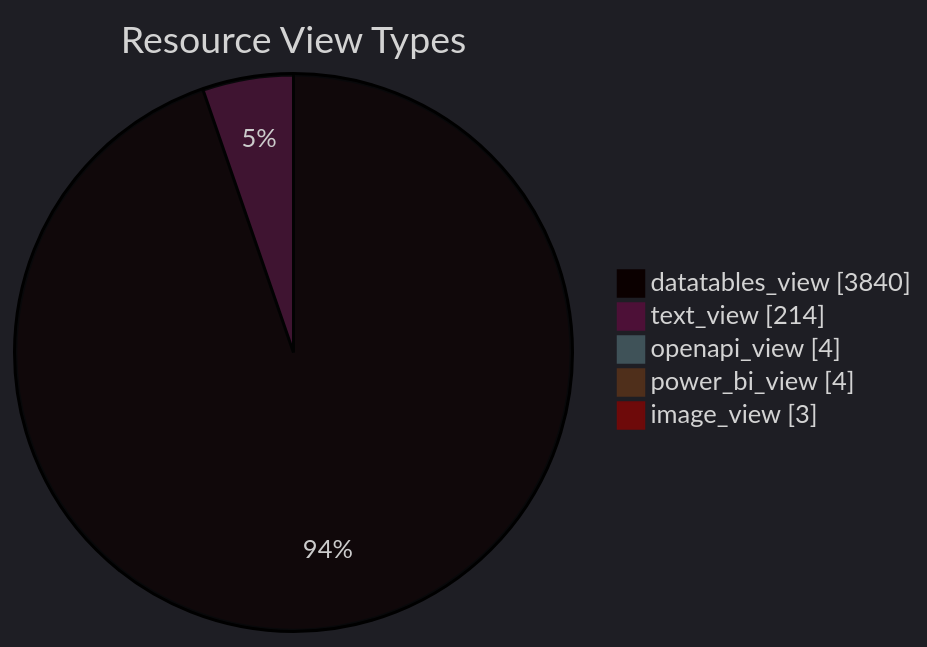
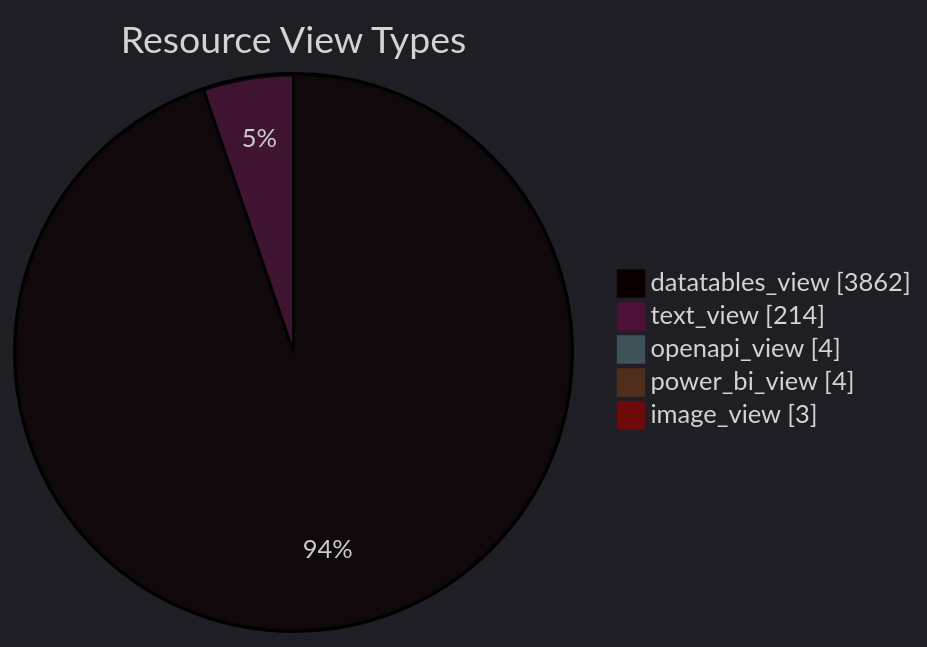
One commit to open-data/analytics-corporate-reporting changed the diagram in datastore_tracker/resource_view_types_pie_chart.md. Above: the diagram before and after it, drawn with Mermaid. The commit also changed 10 other files, not shown here.

````diff
--- a/datastore_tracker/resource_view_types_pie_chart.md
+++ b/datastore_tracker/resource_view_types_pie_chart.md
@@ -2,12 +2,12 @@
 ```mermaid
 ---
 config:
   theme: dark
 ---
 pie showData title Resource View Types
-    "datatables_view": 3840
+    "datatables_view": 3862
     "text_view": 214
     "openapi_view": 4
     "power_bi_view": 4
     "image_view": 3
 ```
````
